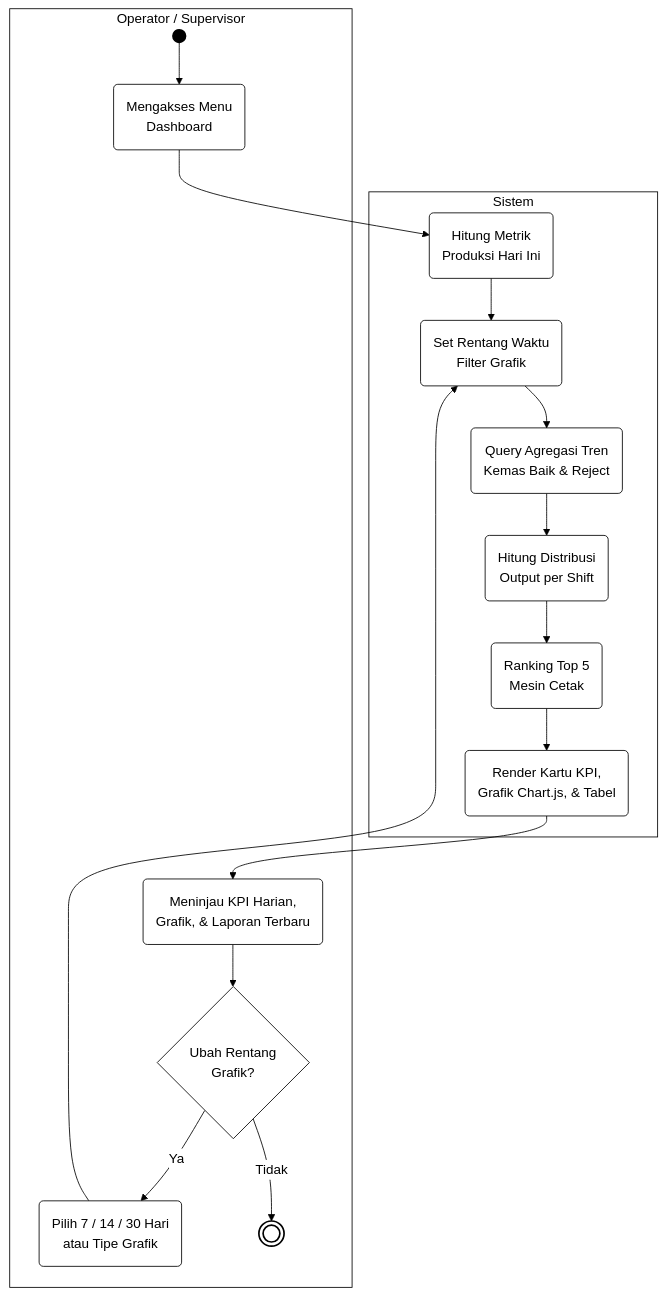
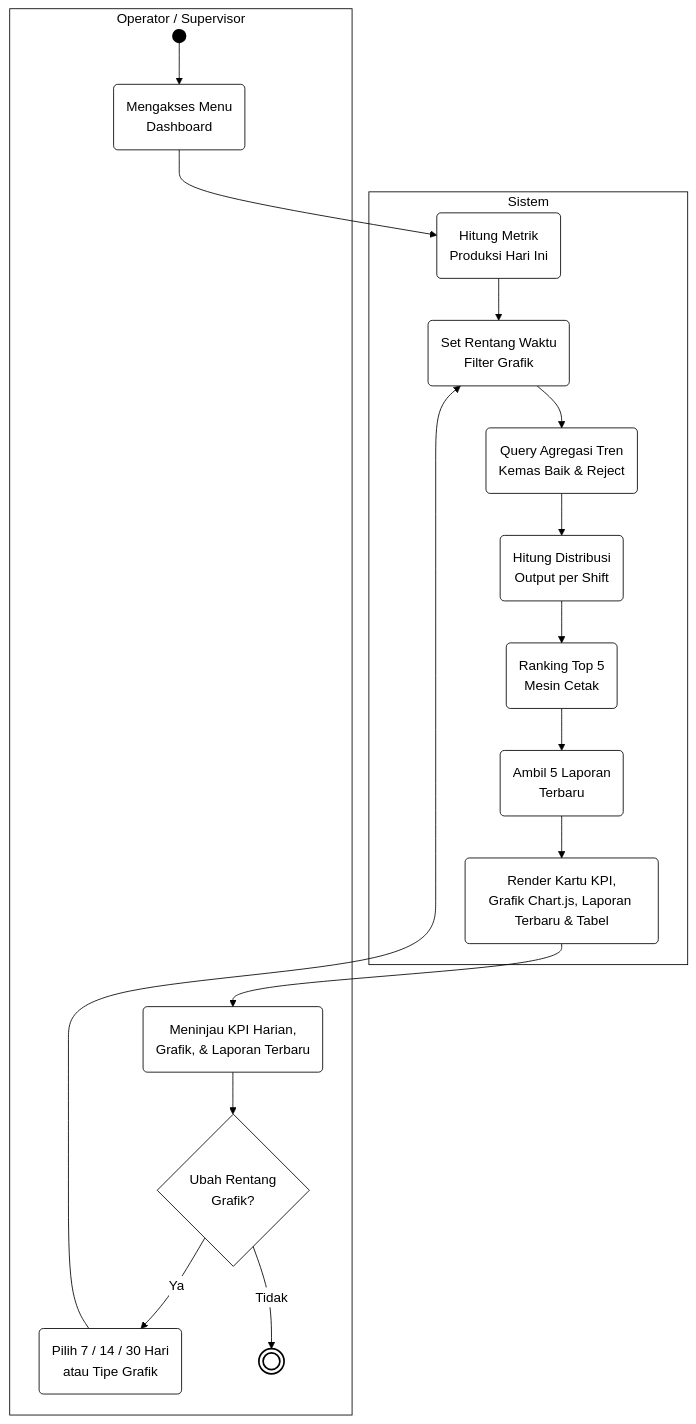
The ninth of 11 diagrams in docs/BAB_III_Draft.md (ZulfikarHD/scan-produksi), drawn with Mermaid before and after one commit. The commit also changed other lines of this file, not shown here.

````diff
--- a/docs/BAB_III_Draft.md
+++ b/docs/BAB_III_Draft.md
@@ -684,37 +705,39 @@
 ```mermaid
 %%{init: {'theme': 'base', 'themeVariables': { 'primaryColor': '#ffffff', 'primaryBorderColor': '#000000', 'primaryTextColor': '#000000', 'lineColor': '#000000', 'textColor': '#000000', 'clusterBkg': '#ffffff', 'clusterBorder': '#000000', 'edgeLabelBackground':'#ffffff' }}}%%
 flowchart TD
     subgraph Pengguna ["Operator / Supervisor"]
         U_Start(( ))
         U_Buka(Mengakses Menu<br/>Dashboard)
         U_Opsi{Ubah Rentang<br/>Grafik?}
         U_Pilih(Pilih 7 / 14 / 30 Hari<br/>atau Tipe Grafik)
         U_Lihat(Meninjau KPI Harian,<br/>Grafik, & Laporan Terbaru)
         U_End((( )))
     end
 
     subgraph Sistem ["Sistem"]
         S_Metrik(Hitung Metrik<br/>Produksi Hari Ini)
         S_Rentang(Set Rentang Waktu<br/>Filter Grafik)
         S_Query(Query Agregasi Tren<br/>Kemas Baik & Reject)
         S_Shift(Hitung Distribusi<br/>Output per Shift)
         S_Mesin(Ranking Top 5<br/>Mesin Cetak)
-        S_Render(Render Kartu KPI,<br/>Grafik Chart.js, & Tabel)
+        S_Recent(Ambil 5 Laporan<br/>Terbaru)
+        S_Render(Render Kartu KPI,<br/>Grafik Chart.js, Laporan Terbaru & Tabel)
     end
 
     U_Start --> U_Buka
     U_Buka --> S_Metrik
     S_Metrik --> S_Rentang
     S_Rentang --> S_Query
     S_Query --> S_Shift
     S_Shift --> S_Mesin
-    S_Mesin --> S_Render
+    S_Mesin --> S_Recent
+    S_Recent --> S_Render
     S_Render --> U_Lihat
     U_Lihat --> U_Opsi
     U_Opsi -- Ya --> U_Pilih
     U_Pilih --> S_Rentang
     U_Opsi -- Tidak --> U_End
 
     style U_Start fill:#000000,stroke:#000000,stroke-width:2px;
     style U_End fill:#ffffff,stroke:#000000,stroke-width:2px;
 ```
````
